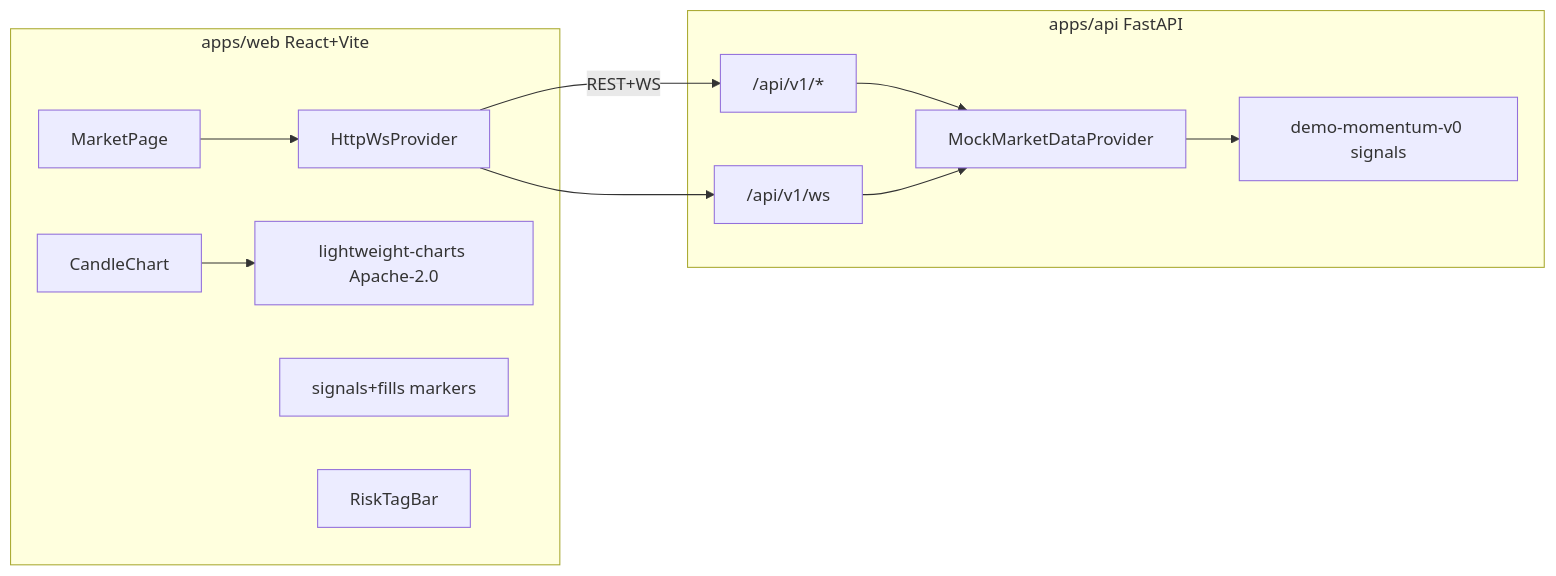
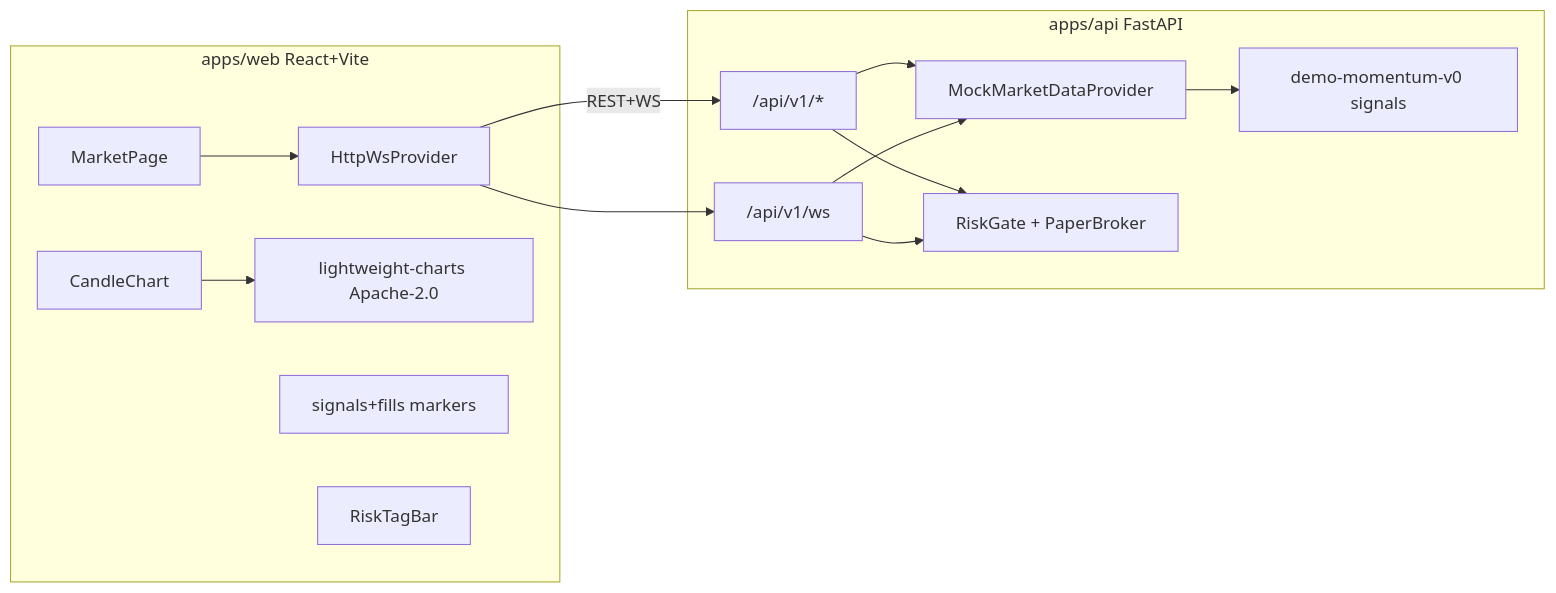
One commit to Douriff/AUU changed the diagram in docs/architecture.md. Above: the diagram before and after it, drawn with Mermaid. The commit also changed other lines of this file and 15 other files, not shown here.

````diff
--- a/docs/architecture.md
+++ b/docs/architecture.md
@@ -3,20 +3,23 @@
 ```mermaid
 flowchart LR
   subgraph web [apps/web React+Vite]
     MarketPage --> HttpWsProvider
     CandleChart --> LWC[lightweight-charts Apache-2.0]
     Overlay[signals+fills markers]
     RiskTagBar
   end
   subgraph api [apps/api FastAPI]
     REST["/api/v1/*"]
     WS["/api/v1/ws"]
     Mock[MockMarketDataProvider]
     Demo[demo-momentum-v0 signals]
+    Paper[RiskGate + PaperBroker]
   end
   HttpWsProvider -->|REST+WS| REST
   HttpWsProvider --> WS
   REST --> Mock
+  REST --> Paper
   WS --> Mock
+  WS --> Paper
   Mock --> Demo
 ```
````
